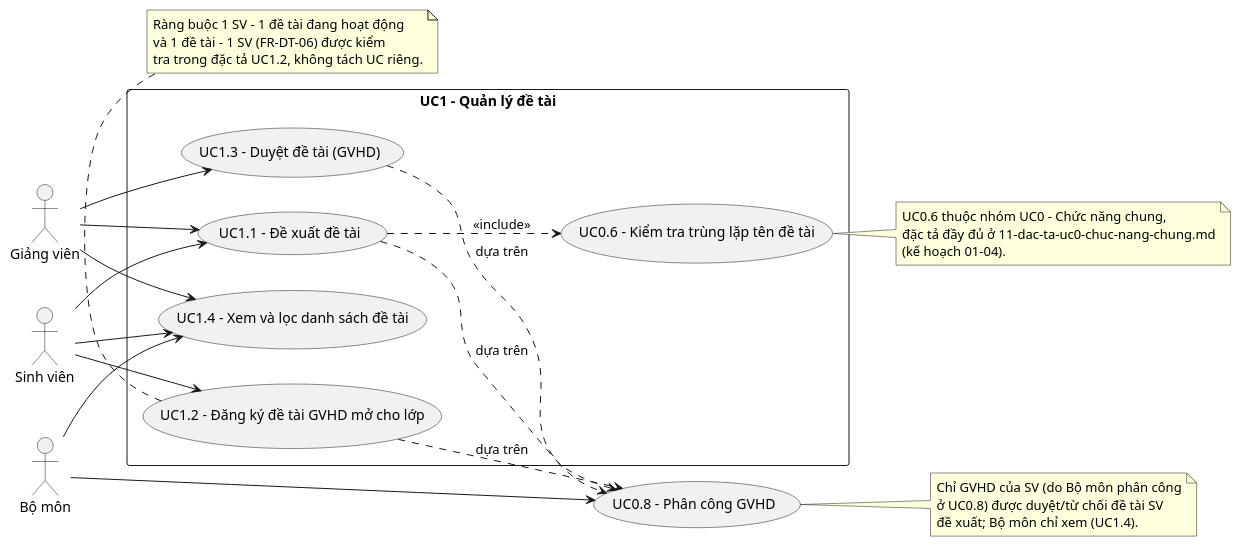
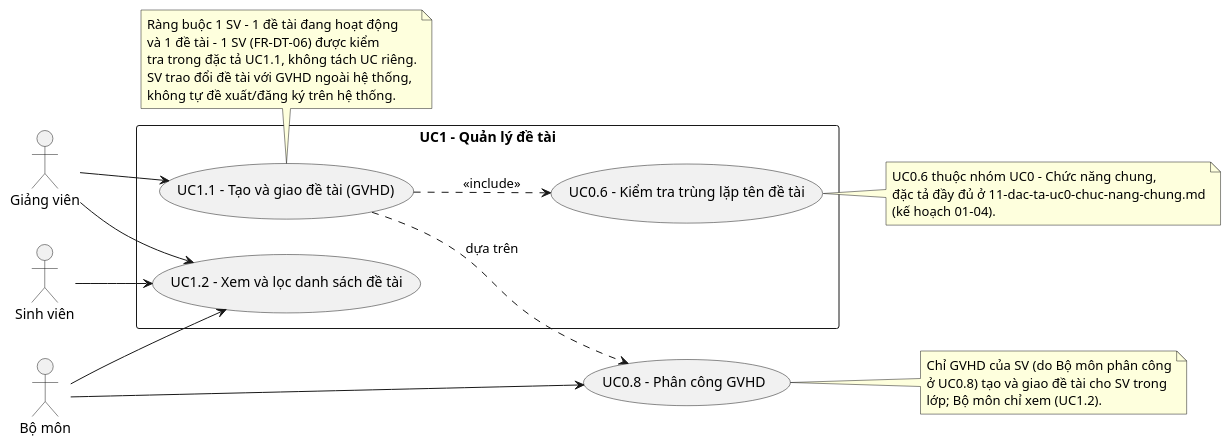
One commit to dtc235200036-alt/ICTU-DATN-NguyenThiMaiAnh changed the diagram in docs/chuong-2-khao-sat-phan-tich/uc/uc1-quan-ly-de-tai.puml. Above: the diagram before and after it, drawn with PlantUML. The commit also changed 59 other files, not shown here.

First line of the commit message:
docs(quick-261014-u0j): chương 2-3, sơ đồ, mockup, truy vết theo luồng GVHD tạo và giao đề tài

```diff
--- a/docs/chuong-2-khao-sat-phan-tich/uc/uc1-quan-ly-de-tai.puml
+++ b/docs/chuong-2-khao-sat-phan-tich/uc/uc1-quan-ly-de-tai.puml
@@ -1,49 +1,44 @@
 @startuml uc1-quan-ly-de-tai
 left to right direction
 skinparam packageStyle rectangle
 
 actor "Giảng viên" as GV
 actor "Sinh viên" as SV
 actor "Bộ môn" as BM
 
 rectangle "UC1 – Quản lý đề tài" {
-  usecase "UC1.1 – Đề xuất đề tài" as UC1_1
-  usecase "UC1.2 – Đăng ký đề tài GVHD mở cho lớp" as UC1_2
-  usecase "UC1.3 – Duyệt đề tài (GVHD)" as UC1_3
-  usecase "UC1.4 – Xem và lọc danh sách đề tài" as UC1_4
+  usecase "UC1.1 – Tạo và giao đề tài (GVHD)" as UC1_1
+  usecase "UC1.2 – Xem và lọc danh sách đề tài" as UC1_2
   usecase "UC0.6 – Kiểm tra trùng lặp tên đề tài" as UC0_6
 }
 usecase "UC0.8 – Phân công GVHD" as UC0_8
 
 GV --> UC1_1
-SV --> UC1_1
+GV --> UC1_2
 SV --> UC1_2
-GV --> UC1_3
-GV --> UC1_4
-SV --> UC1_4
-BM --> UC1_4
+BM --> UC1_2
 
 UC1_1 ..> UC0_6 : <<include>>
 BM --> UC0_8
 UC1_1 ..> UC0_8 : dựa trên
-UC1_2 ..> UC0_8 : dựa trên
-UC1_3 ..> UC0_8 : dựa trên
 
 note right of UC0_6
   UC0.6 thuộc nhóm UC0 – Chức năng chung,
   đặc tả đầy đủ ở 11-dac-ta-uc0-chuc-nang-chung.md
   (kế hoạch 01-04).
 end note
 
-note bottom of UC1_2
+note bottom of UC1_1
   Ràng buộc 1 SV - 1 đề tài đang hoạt động
   và 1 đề tài - 1 SV (FR-DT-06) được kiểm
-  tra trong đặc tả UC1.2, không tách UC riêng.
+  tra trong đặc tả UC1.1, không tách UC riêng.
+  SV trao đổi đề tài với GVHD ngoài hệ thống,
+  không tự đề xuất/đăng ký trên hệ thống.
 end note
 
 note right of UC0_8
   Chỉ GVHD của SV (do Bộ môn phân công
-  ở UC0.8) được duyệt/từ chối đề tài SV
-  đề xuất; Bộ môn chỉ xem (UC1.4).
+  ở UC0.8) tạo và giao đề tài cho SV trong
+  lớp; Bộ môn chỉ xem (UC1.2).
 end note
 @enduml
```
